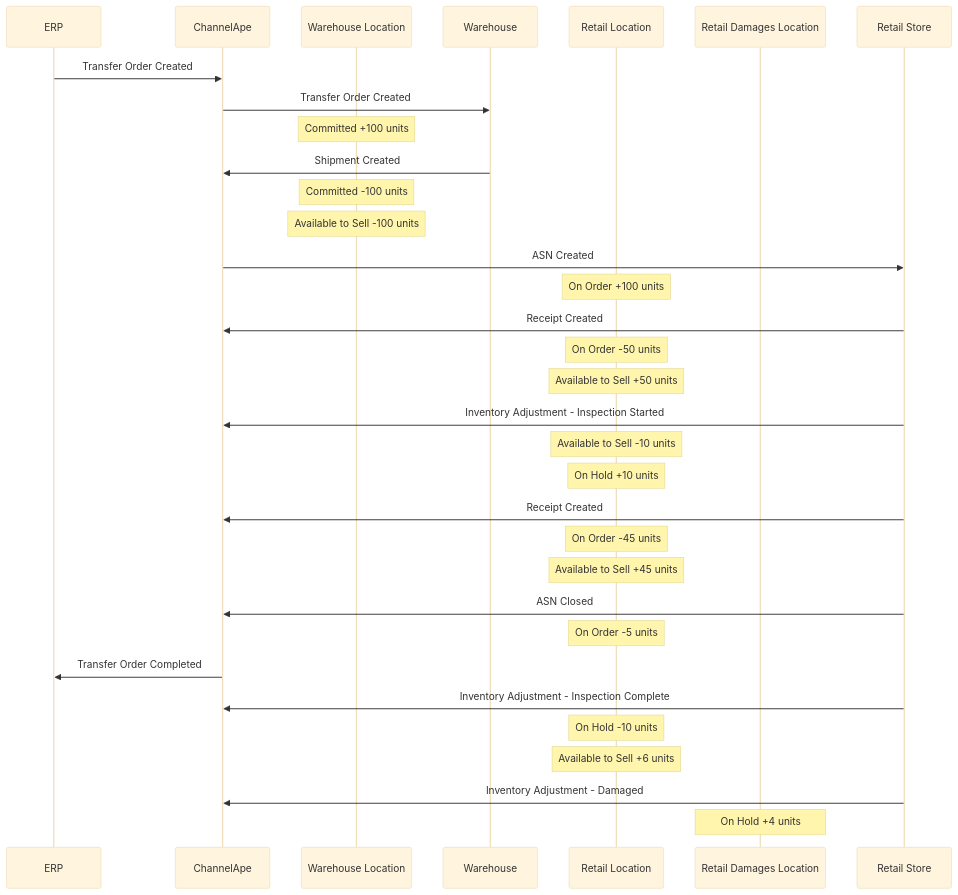
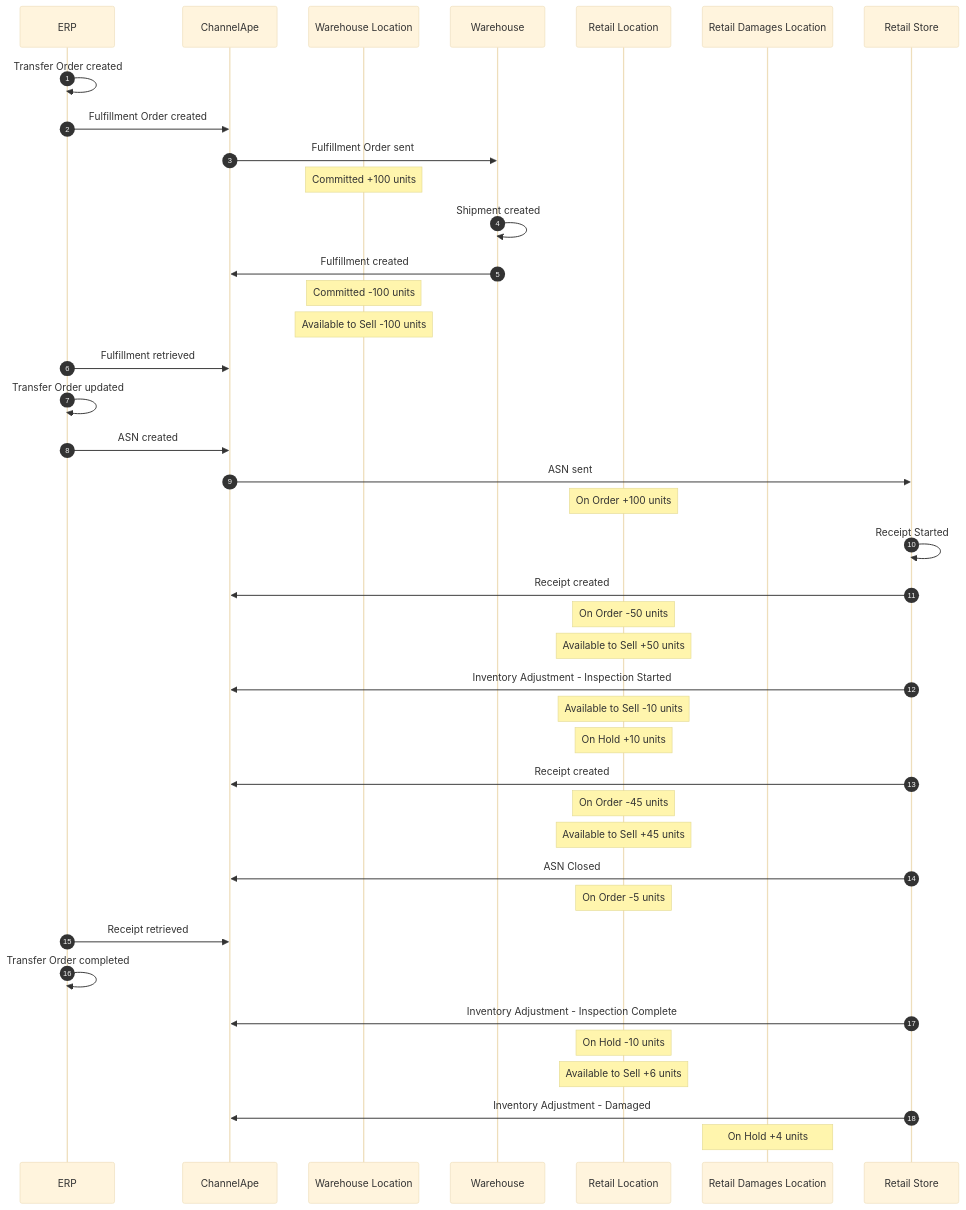
The fifth of 6 diagrams in data flows/transfer orders/README.md (ChannelApe/channelape-docs), drawn with Mermaid (base theme) before and after one commit. The commit also changed other lines of this file, not shown here.

Commit message:
Updated Transfer Orders & Damages Refurb examples

````diff
--- a/data flows/transfer orders/README.md
+++ b/data flows/transfer orders/README.md
@@ -190,46 +247,57 @@
 ```mermaid
 sequenceDiagram
+    autonumber
     participant ERP
     participant ChannelApe
     participant Warehouse Location
     participant Warehouse
     participant Retail Location
     participant Retail Damages Location
     participant Retail Store
 
-    ERP->>ChannelApe: Transfer Order Created
+    ERP->>ERP: Transfer Order created
+    ERP->>ChannelApe: Fulfillment Order created
 
-    ChannelApe->>Warehouse: Transfer Order Created
+    ChannelApe->>Warehouse: Fulfillment Order sent
     note over Warehouse Location: Committed +100 units
     
-    Warehouse->>ChannelApe: Shipment Created
+    Warehouse->>Warehouse: Shipment created
+    Warehouse->>ChannelApe: Fulfillment created
     note over Warehouse Location: Committed -100 units
     note over Warehouse Location: Available to Sell -100 units
+
+    ERP->>ChannelApe: Fulfillment retrieved
+    ERP->>ERP: Transfer Order updated
+    ERP->>ChannelApe: ASN created
     
-    ChannelApe->>Retail Store: ASN Created
+    ChannelApe->>Retail Store: ASN sent
     note over Retail Location: On Order +100 units
 
-    Retail Store->>ChannelApe: Receipt Created
+    Retail Store->>Retail Store: Receipt Started
+
+    Retail Store->>ChannelApe: Receipt created
     note over Retail Location: On Order -50 units
     note over Retail Location: Available to Sell +50 units
 
     Retail Store->>ChannelApe: Inventory Adjustment - Inspection Started
     note over Retail Location: Available to Sell -10 units
     note over Retail Location: On Hold +10 units
 
-    Retail Store->>ChannelApe: Receipt Created
+    Retail Store->>ChannelApe: Receipt created
     note over Retail Location: On Order -45 units
     note over Retail Location: Available to Sell +45 units
 
     Retail Store->>ChannelApe: ASN Closed
     note over Retail Location: On Order -5 units
 
-    ChannelApe->>ERP: Transfer Order Completed
+    ERP->>ChannelApe: Receipt retrieved
+
+    ERP->>ERP: Transfer Order completed
     
     Retail Store->>ChannelApe: Inventory Adjustment - Inspection Complete
     note over Retail Location: On Hold -10 units
     note over Retail Location: Available to Sell +6 units
 
     Retail Store->>ChannelApe: Inventory Adjustment - Damaged
     note over Retail Damages Location: On Hold +4 units
 ```
````
